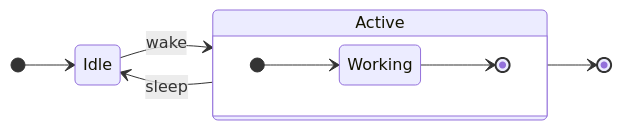
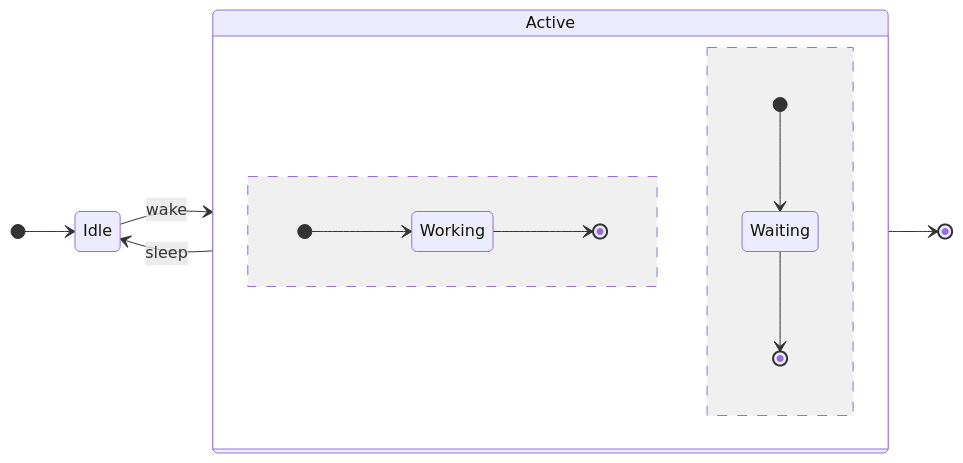
Before and after one commit to unexge/mdr: the fourth of 5 diagrams in bombadil/fixture.md, drawn with Mermaid. The commit also changed 4 other files, not shown here.

Commit message:
feat: Render Mermaid state concurrency

````diff
--- a/bombadil/fixture.md
+++ b/bombadil/fixture.md
@@ -113,13 +113,16 @@
 ```mermaid
 stateDiagram-v2
 direction LR
 [*] --> Idle
 Idle --> Active : wake
 state Active {
   direction LR
   [*] --> Working
   Working --> [*]
+  --
+  [*] --> Waiting
+  Waiting --> [*]
 }
 Active --> Idle : sleep
 Active --> [*]
 ```
````
